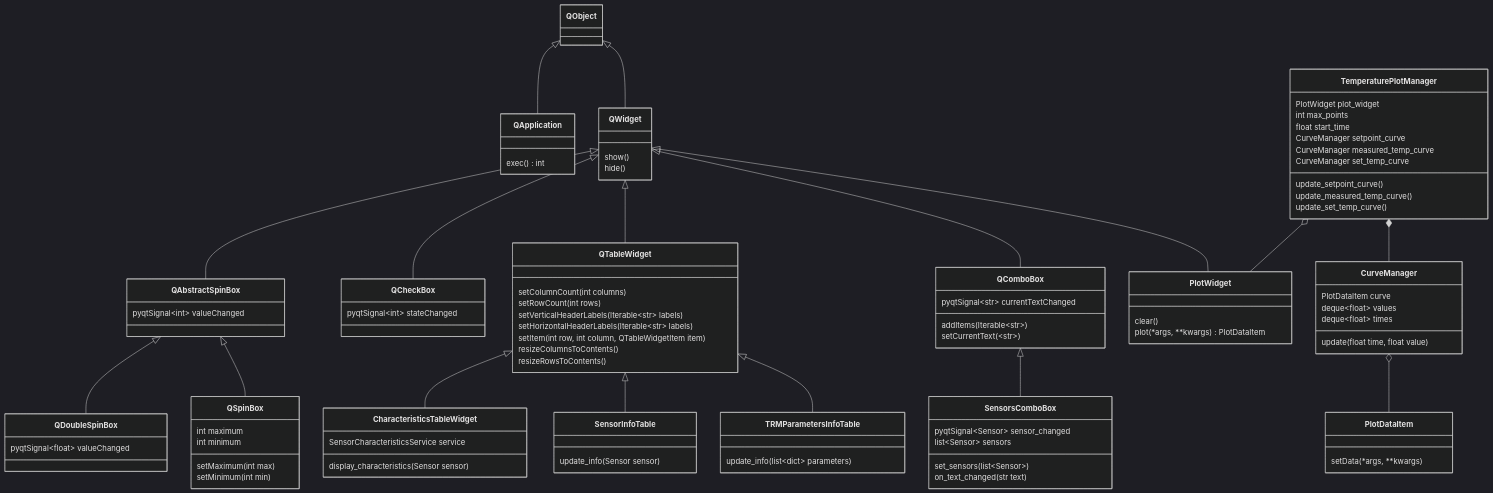
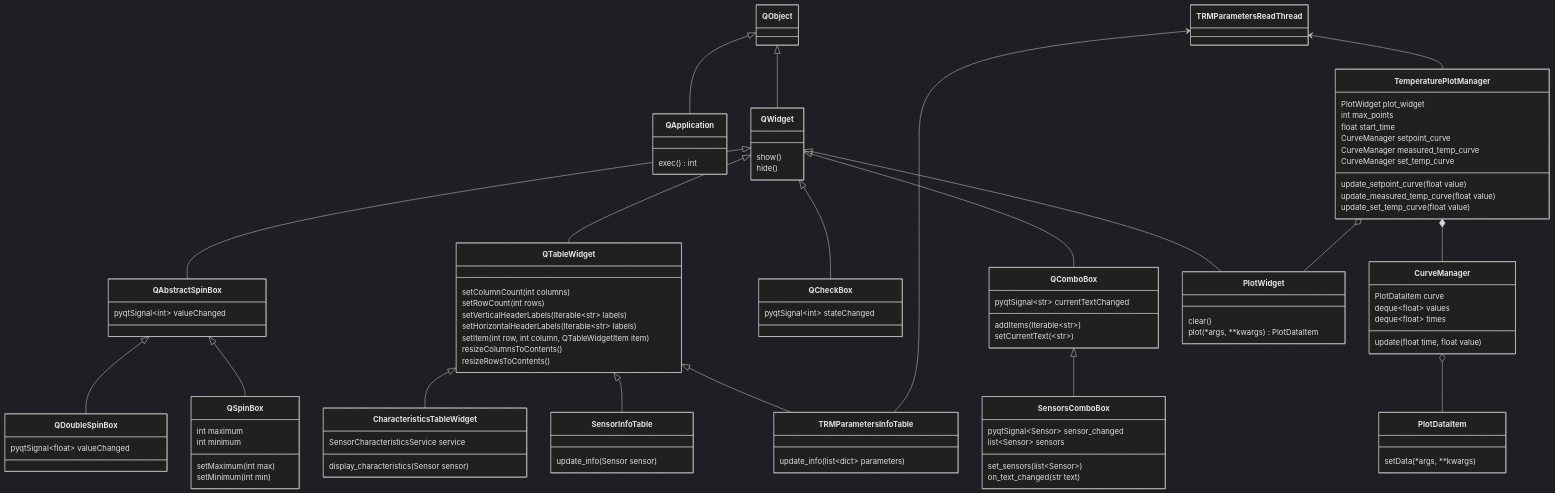
Before and after one commit to Marik28/dissertation: the sixth of 6 diagrams in data/diagrams/диаграмма классов.md, drawn with Mermaid (dark theme). The commit also changed other lines of this file and 6 other files, not shown here.

Commit message:
update diagrams

````diff
--- a/data/diagrams/диаграмма классов.md
+++ b/data/diagrams/диаграмма классов.md
@@ -438,9 +472,9 @@
         CurveManager setpoint_curve
         CurveManager measured_temp_curve
         CurveManager set_temp_curve
-        update_setpoint_curve()       
-        update_measured_temp_curve()       
-        update_set_temp_curve()       
+        update_setpoint_curve(float value)       
+        update_measured_temp_curve(float value)       
+        update_set_temp_curve(float value)       
     }
     
     class PlotWidget {
@@ -463,10 +497,12 @@
     QTableWidget <|-- CharacteristicsTableWidget
     QTableWidget <|-- SensorInfoTable
     QTableWidget <|-- TRMParametersInfoTable
+    TRMParametersReadThread <-- TRMParametersInfoTable
     QAbstractSpinBox <|-- QDoubleSpinBox
     QAbstractSpinBox <|-- QSpinBox
     QWidget <|-- PlotWidget
     TemperaturePlotManager o-- PlotWidget
     TemperaturePlotManager *-- CurveManager
+    TRMParametersReadThread <-- TemperaturePlotManager
     CurveManager o-- PlotDataItem
 ```
````
